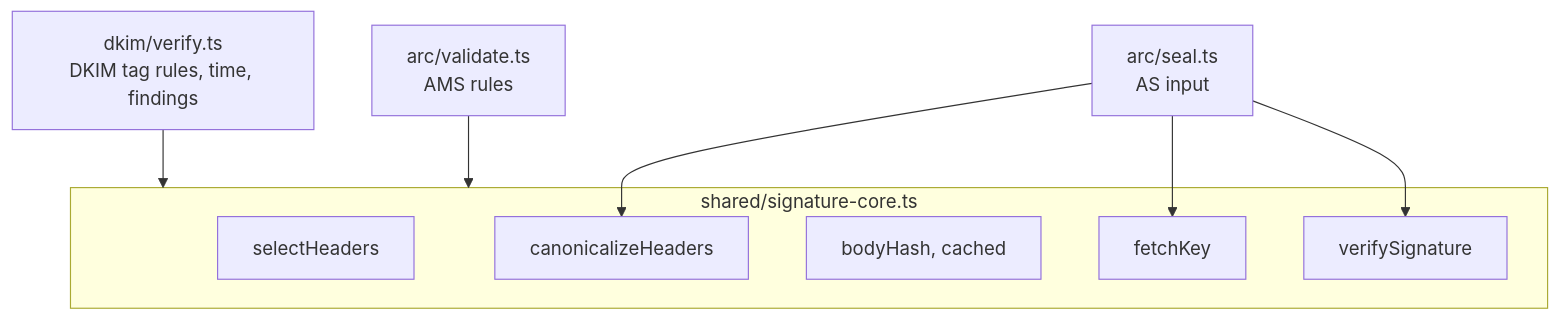
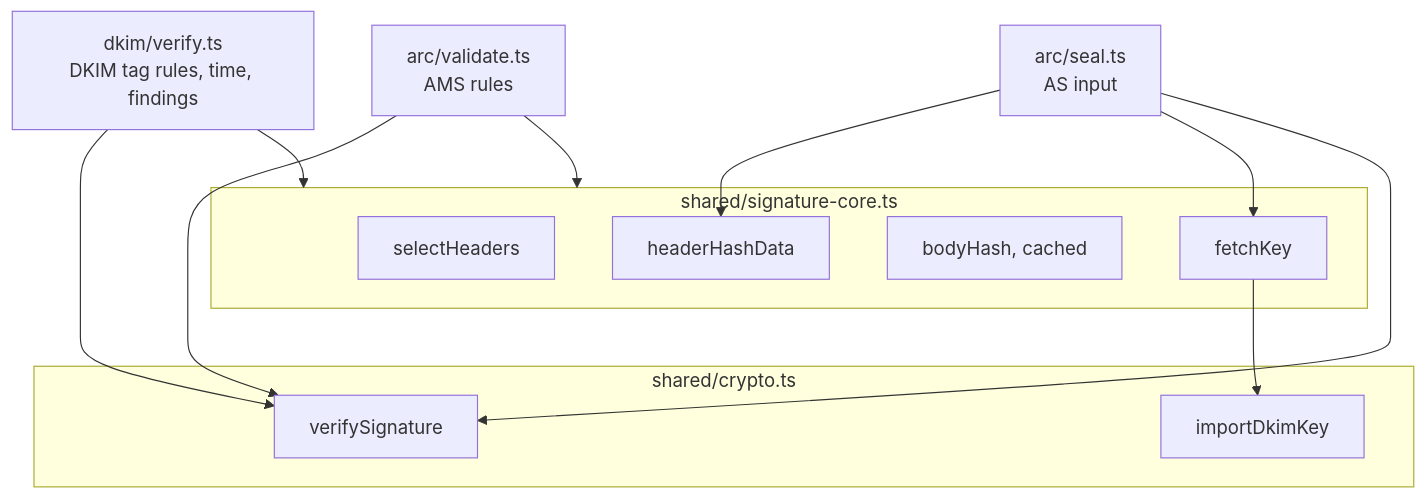
The first of 4 diagrams in docs/explanation/mail-design/dkim.md (photom/benchside), drawn with Mermaid before and after one commit. The commit also changed other lines of this file and 14 other files, not shown here.

````diff
--- a/docs/explanation/mail-design/dkim.md
+++ b/docs/explanation/mail-design/dkim.md
@@ -9,13 +9,17 @@
 ```mermaid
 flowchart TD
   subgraph core ["shared/signature-core.ts"]
     sel[selectHeaders]
-    canonH[canonicalizeHeaders]
+    canonH[headerHashData]
     bodyH[bodyHash, cached]
     key[fetchKey]
+  end
+  subgraph cr ["shared/crypto.ts"]
+    imp[importDkimKey]
     ver[verifySignature]
   end
-  dkim["dkim/verify.ts<br/>DKIM tag rules, time, findings"] --> core
-  ams["arc/validate.ts<br/>AMS rules"] --> core
+  key --> imp
+  dkim["dkim/verify.ts<br/>DKIM tag rules, time, findings"] --> core & ver
+  ams["arc/validate.ts<br/>AMS rules"] --> core & ver
   seal["arc/seal.ts<br/>AS input"] --> canonH & key & ver
 ```
````
